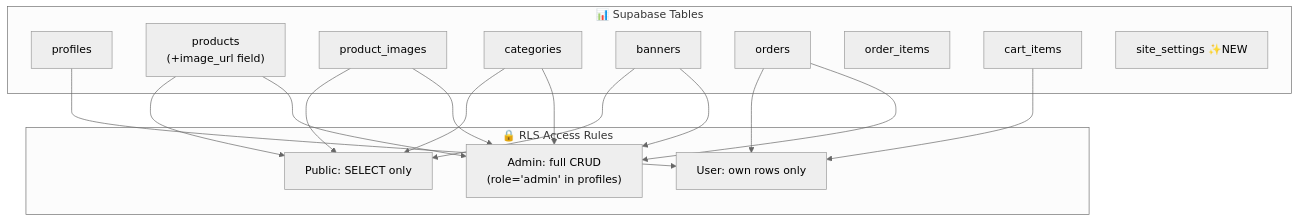
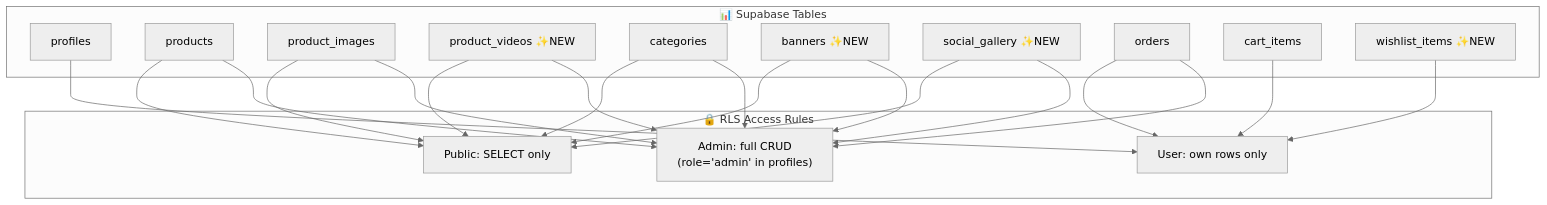
Before and after one commit to noorkth2/thediecastcornernepal: the fifth of 5 diagrams in dependency_graph.md, drawn with Mermaid (neutral theme). The commit also changed other lines of this file, not shown here.

Commit message:
docs: update dependency graph to reflect media and bulk import features

````diff
--- a/dependency_graph.md
+++ b/dependency_graph.md
@@ -415,33 +323,39 @@
 ```mermaid
 graph TD
   subgraph Tables ["📊 Supabase Tables"]
     T_PROFILES["profiles"]
-    T_PRODUCTS["products<br/>(+image_url field)"]
+    T_PRODUCTS["products"]
     T_PRODUCT_IMAGES["product_images"]
+    T_PRODUCT_VIDEOS["product_videos ✨NEW"]
     T_CATEGORIES["categories"]
-    T_BANNERS["banners"]
+    T_BANNERS["banners ✨NEW"]
+    T_SOCIAL_GALLERY["social_gallery ✨NEW"]
     T_ORDERS["orders"]
-    T_ORDER_ITEMS["order_items"]
     T_CART_ITEMS["cart_items"]
-    T_SITE_SETTINGS["site_settings ✨NEW"]
+    T_WISHLIST["wishlist_items ✨NEW"]
   end
 
   subgraph RLS ["🔒 RLS Access Rules"]
     PUBLIC_READ["Public: SELECT only"]
     USER_OWN["User: own rows only"]
     ADMIN_ALL["Admin: full CRUD<br/>(role='admin' in profiles)"]
   end
 
   T_PRODUCTS --> PUBLIC_READ
   T_PRODUCTS --> ADMIN_ALL
   T_PRODUCT_IMAGES --> PUBLIC_READ
   T_PRODUCT_IMAGES --> ADMIN_ALL
+  T_PRODUCT_VIDEOS --> PUBLIC_READ
+  T_PRODUCT_VIDEOS --> ADMIN_ALL
   T_CATEGORIES --> PUBLIC_READ
   T_CATEGORIES --> ADMIN_ALL
   T_BANNERS --> PUBLIC_READ
   T_BANNERS --> ADMIN_ALL
+  T_SOCIAL_GALLERY --> PUBLIC_READ
+  T_SOCIAL_GALLERY --> ADMIN_ALL
   T_PROFILES --> USER_OWN
   T_ORDERS --> USER_OWN
   T_ORDERS --> ADMIN_ALL
   T_CART_ITEMS --> USER_OWN
+  T_WISHLIST --> USER_OWN
 ```
````
